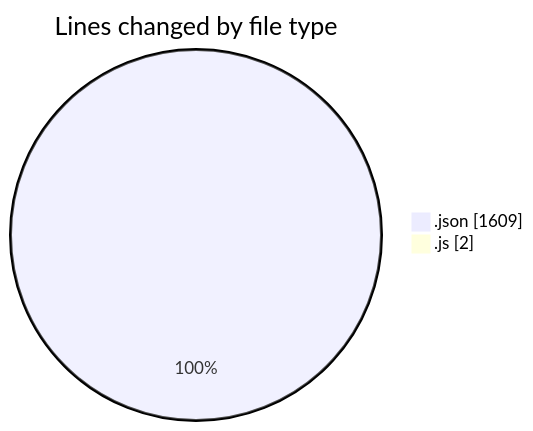
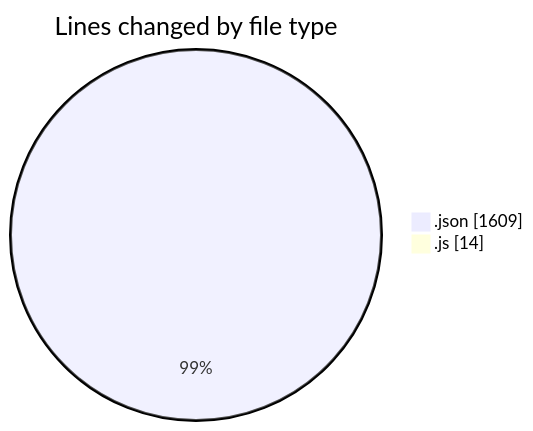
The first of 2 diagrams in 2026-02-13/graphql/README.md (nxtqubesakshisongat/code-tracking), drawn with Mermaid before and after one commit. The commit also changed other lines of this file and 1 other file, not shown here.

````diff
--- a/2026-02-13/graphql/README.md
+++ b/2026-02-13/graphql/README.md
@@ -22,6 +22,6 @@
 ```mermaid
 pie showData
 title Lines changed by file type
 ".json" : 1609
-".js" : 2
+".js" : 14
 ```
````
